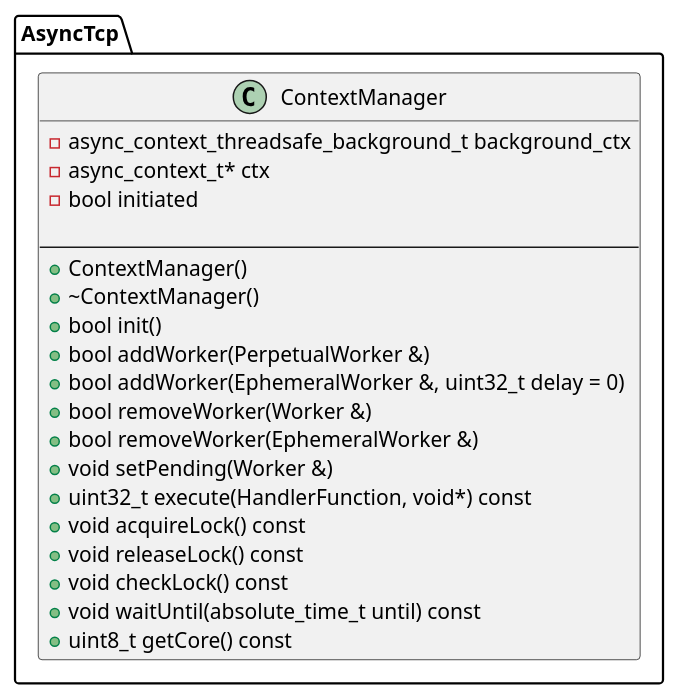
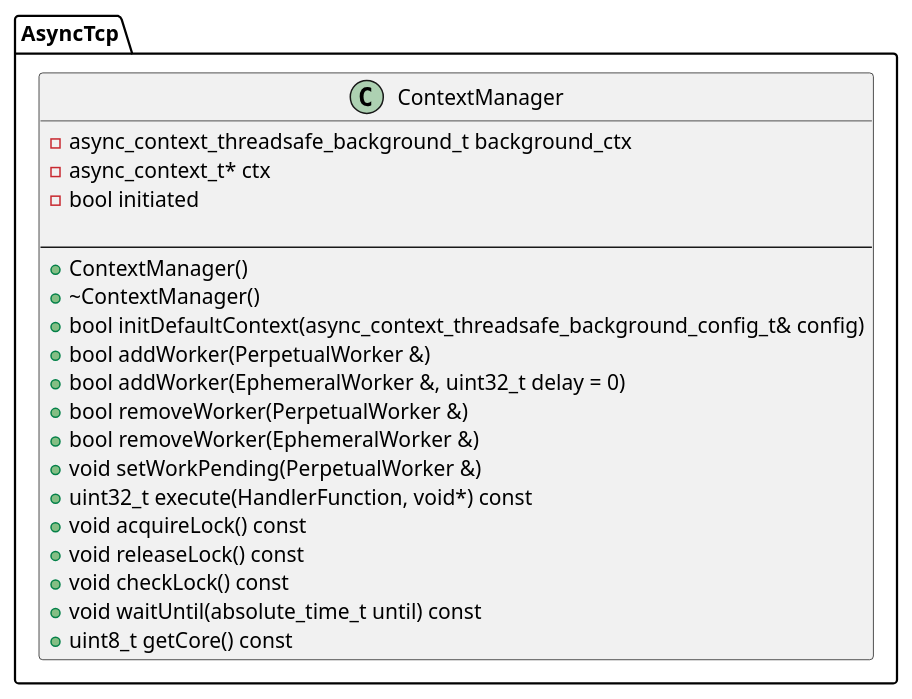
One commit to schkovich/async-tcp changed the diagram in include/ContextManagerClassDiagram.puml. Above: the diagram before and after it, drawn with PlantUML. The commit also changed 10 other files, not shown here.

```diff
--- a/include/ContextManagerClassDiagram.puml
+++ b/include/ContextManagerClassDiagram.puml
@@ -1,27 +1,27 @@
 @startuml
 
 namespace AsyncTcp {
     class ContextManager {
         - async_context_threadsafe_background_t background_ctx
         - async_context_t* ctx
         - bool initiated
 
         --
         + ContextManager()
         + ~ContextManager()
-        + bool init()
+        + bool initDefaultContext(async_context_threadsafe_background_config_t& config)
         + bool addWorker(PerpetualWorker &)
         + bool addWorker(EphemeralWorker &, uint32_t delay = 0)
-        + bool removeWorker(Worker &)
+        + bool removeWorker(PerpetualWorker &)
         + bool removeWorker(EphemeralWorker &)
-        + void setPending(Worker &)
+        + void setWorkPending(PerpetualWorker &)
         + uint32_t execute(HandlerFunction, void*) const
         + void acquireLock() const
         + void releaseLock() const
         + void checkLock() const
         + void waitUntil(absolute_time_t until) const
         + uint8_t getCore() const
     }
 }
 
 @enduml
```
